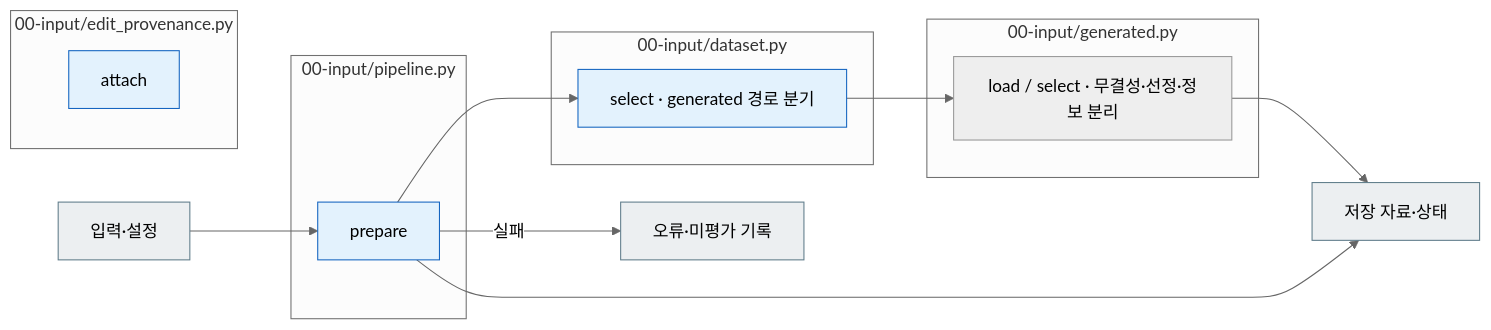
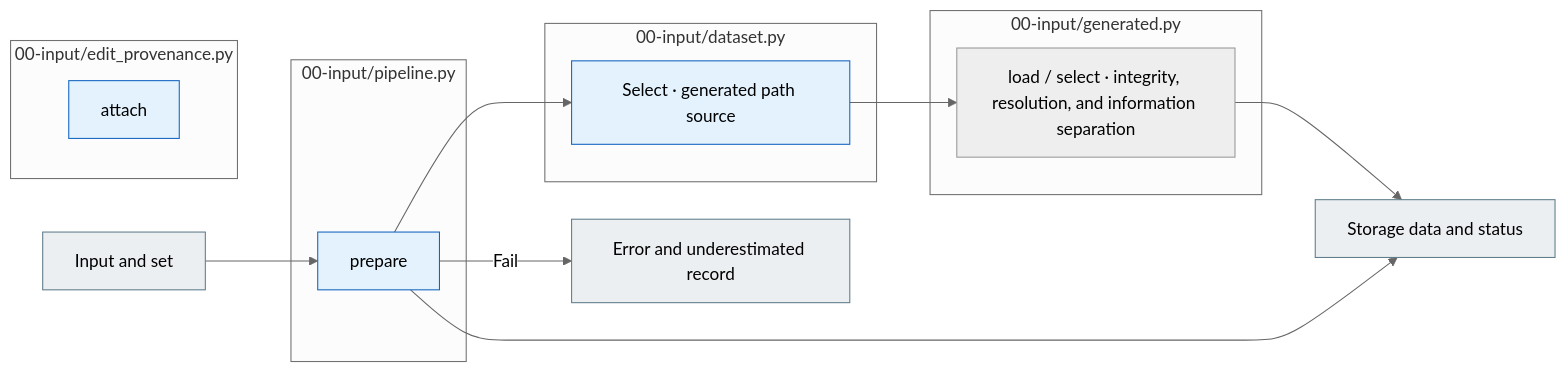
One commit to pnu-clink/finject changed the diagram in src/finarch/experiments/00-input/README.md. Above: the diagram before and after it, drawn with Mermaid (neutral theme). The commit also changed other lines of this file and 644 other files, not shown here.

````diff
--- a/src/finarch/experiments/00-input/README.md
+++ b/src/finarch/experiments/00-input/README.md
@@ -34,24 +34,24 @@
 ```mermaid
 flowchart LR
- IN["입력·설정"]
+ IN["Input and set"]
  subgraph F0["00-input/pipeline.py"]
   N0["prepare"]
  end
  subgraph F1["00-input/dataset.py"]
- N1["select · generated 경로 분기"]
+ N1["Select · generated path source"]
  end
  subgraph F2["00-input/edit_provenance.py"]
   N2["attach"]
  end
  subgraph FG["00-input/generated.py"]
-  NG["load / select · 무결성·선정·정보 분리"]
+  NG["load / select · integrity, resolution, and information separation"]
  end
  N0 --> N1 --> NG --> OUT
  IN --> N0
- N0 --> OUT["저장 자료·상태"]
- N0 -->|실패| ERR["오류·미평가 기록"]
+ N0 --> OUT["Storage data and status"]
+ N0 -->|Fail| ERR["Error and underestimated record"]
  classDef python fill:#e3f2fd,stroke:#1565c0;
  classDef file fill:#eceff1,stroke:#607d8b;
  class N0,N1,N2 python;
  class IN,OUT,ERR file;
 ```
````
